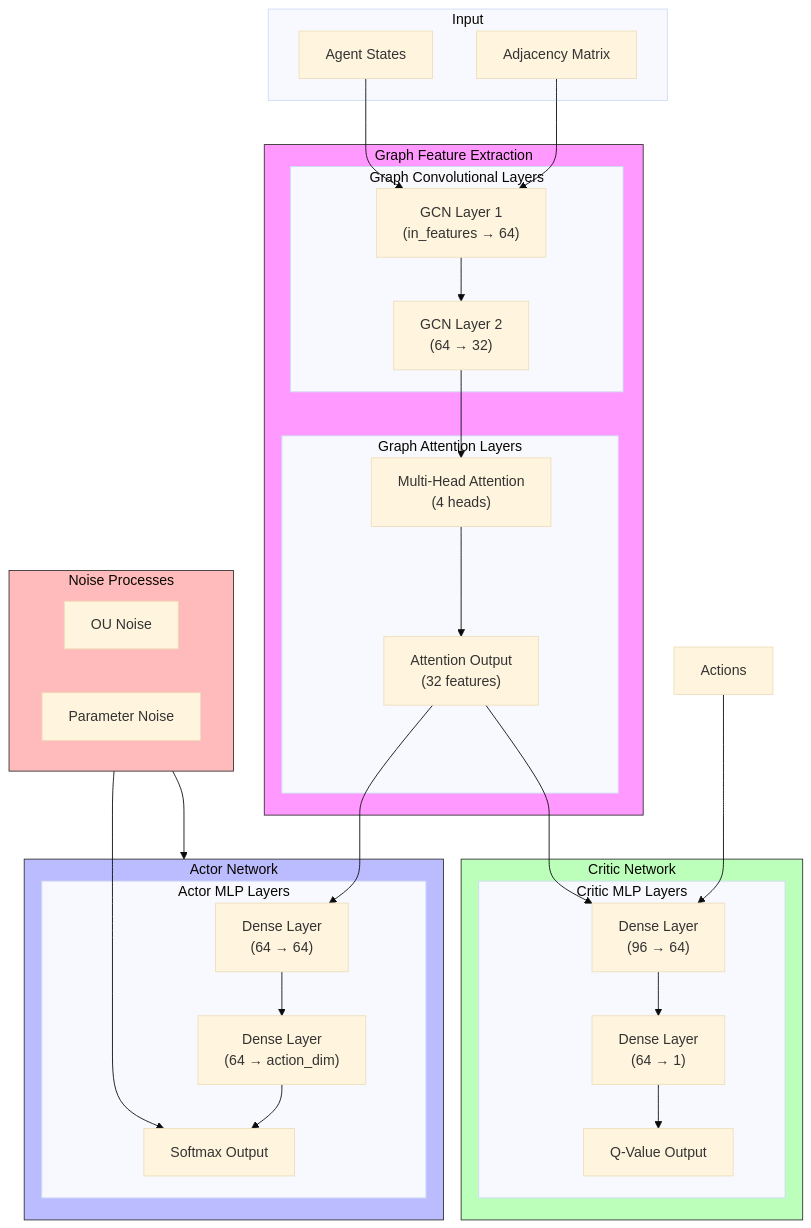
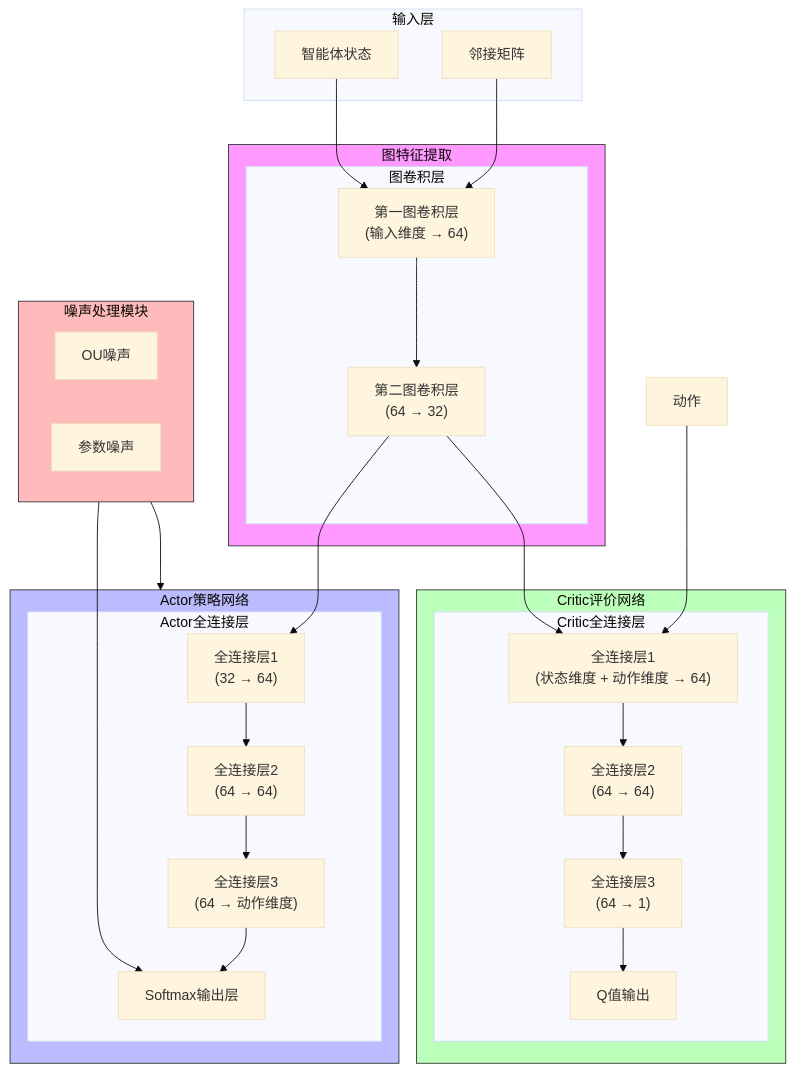
The diagram in results/加入的图神经网络设计结构图.md (lbnlsj/pathPlanning), drawn with Mermaid (base theme) before and after one commit.

````diff
--- a/results/加入的图神经网络设计结构图.md
+++ b/results/加入的图神经网络设计结构图.md
@@ -1,65 +1,52 @@
 ```mermaid
 flowchart TB
-    subgraph Input
-        state[Agent States]
-        adj[Adjacency Matrix]
+    subgraph 输入层
+        state[智能体状态]
+        adj[邻接矩阵]
     end
-
-    subgraph GraphFeatures["Graph Feature Extraction"]
-        subgraph GCNLayers["Graph Convolutional Layers"]
-            gc1["GCN Layer 1\n(in_features → 64)"]
-            gc2["GCN Layer 2\n(64 → 32)"]
-        end
-
-        subgraph AttentionLayers["Graph Attention Layers"]
-            gat["Multi-Head Attention\n(4 heads)"]
-            att_out["Attention Output\n(32 features)"]
+    subgraph 图特征提取["图特征提取"]
+        subgraph GCNLayers["图卷积层"]
+            gc1["第一图卷积层\n(输入维度 → 64)"]
+            gc2["第二图卷积层\n(64 → 32)"]
         end
     end
-
-    subgraph ActorNetwork["Actor Network"]
-        subgraph ActorLayers["Actor MLP Layers"]
-            a_fc1["Dense Layer\n(64 → 64)"]
-            a_fc2["Dense Layer\n(64 → action_dim)"]
-            a_out["Softmax Output"]
+    subgraph Actor网络["Actor策略网络"]
+        subgraph ActorLayers["Actor全连接层"]
+            a_fc1["全连接层1\n(32 → 64)"]
+            a_fc2["全连接层2\n(64 → 64)"]
+            a_fc3["全连接层3\n(64 → 动作维度)"]
+            a_out["Softmax输出层"]
         end
     end
-
-    subgraph CriticNetwork["Critic Network"]
-        subgraph CriticLayers["Critic MLP Layers"]
-            c_fc1["Dense Layer\n(96 → 64)"]
-            c_fc2["Dense Layer\n(64 → 1)"]
-            c_out["Q-Value Output"]
+    subgraph Critic网络["Critic评价网络"]
+        subgraph CriticLayers["Critic全连接层"]
+            c_fc1["全连接层1\n(状态维度 + 动作维度 → 64)"]
+            c_fc2["全连接层2\n(64 → 64)"]
+            c_fc3["全连接层3\n(64 → 1)"]
+            c_out["Q值输出"]
         end
     end
-
-
     state --> gc1
     adj --> gc1
     gc1 --> gc2
-    gc2 --> gat
-    gat --> att_out
-
-    att_out --> a_fc1
+    gc2 --> a_fc1
     a_fc1 --> a_fc2
-    a_fc2 --> a_out
-
-    att_out --> c_fc1
-    actions[Actions] --> c_fc1
+    a_fc2 --> a_fc3
+    a_fc3 --> a_out
+    gc2 --> c_fc1
+    actions[动作] --> c_fc1
     c_fc1 --> c_fc2
-    c_fc2 --> c_out
-
-    subgraph NoiseProcesses["Noise Processes"]
+    c_fc2 --> c_fc3
+    c_fc3 --> c_out
+    subgraph 噪声处理["噪声处理模块"]
         direction LR
-        ou["OU Noise"]
-        param["Parameter Noise"]
+        ou["OU噪声"]
+        param["参数噪声"]
     end
-
     ou --> a_out
-    param --> ActorNetwork
-
-    style GraphFeatures fill:#f9f,stroke:#333
-    style ActorNetwork fill:#bbf,stroke:#333
-    style CriticNetwork fill:#bfb,stroke:#333
-    style NoiseProcesses fill:#fbb,stroke:#333
+    param --> Actor网络
+    style 图特征提取 fill:#f9f,stroke:#333
+    style Actor网络 fill:#bbf,stroke:#333
+    style Critic网络 fill:#bfb,stroke:#333
+    style 噪声处理 fill:#fbb,stroke:#333
 ```
````
